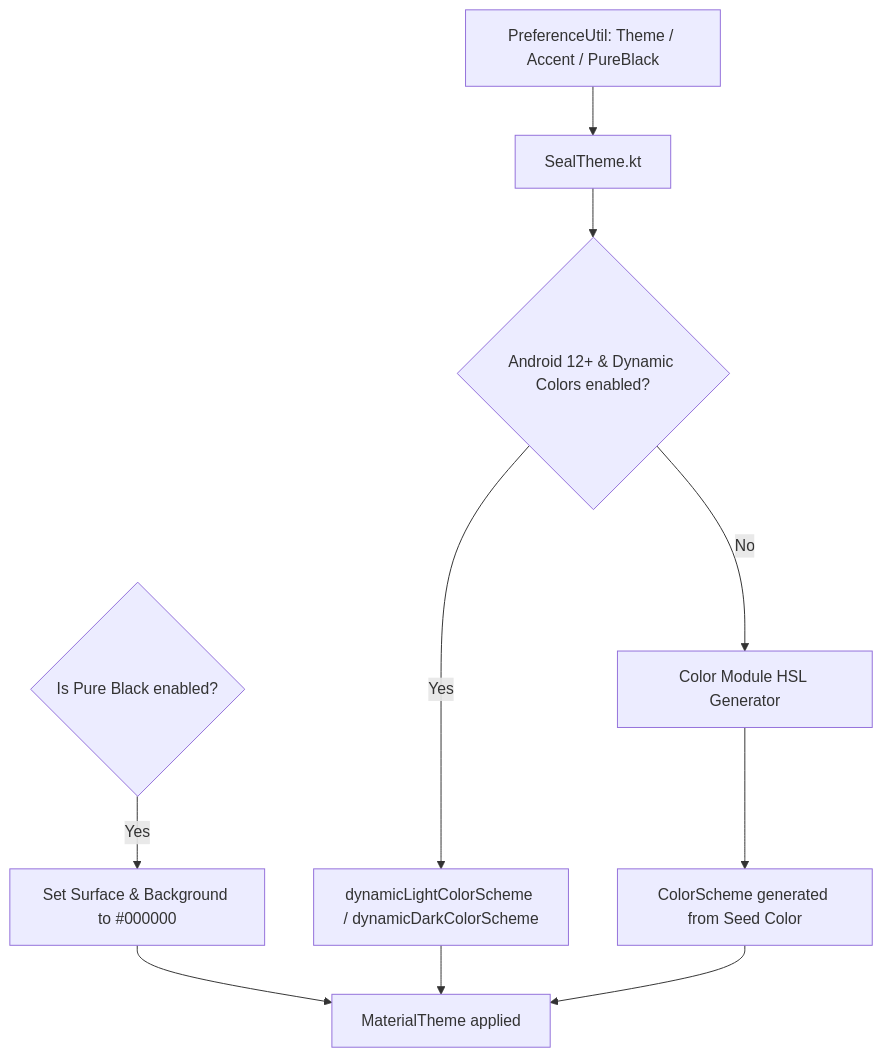
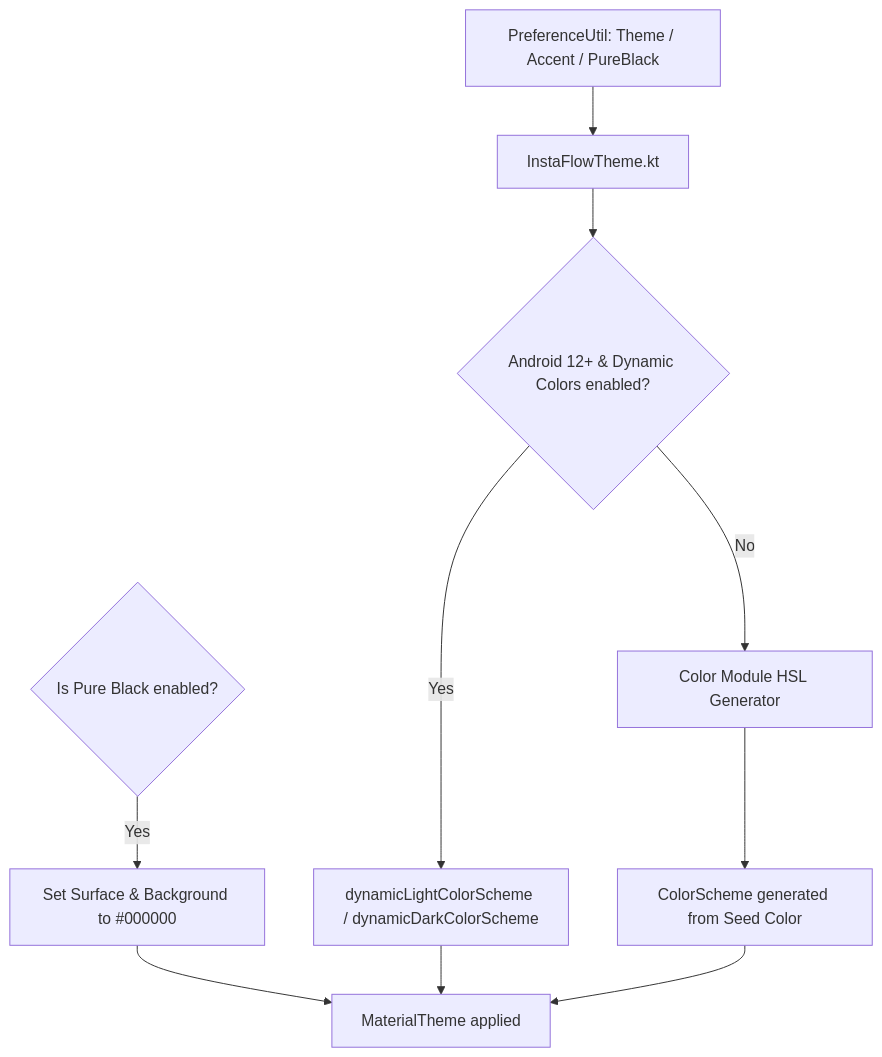
One commit to JishnuPG-tech/instaflow changed the diagram in docs/02_UI/THEME_SYSTEM.md. Above: the diagram before and after it, drawn with Mermaid. The commit also changed other lines of this file and 482 other files, not shown here.

Commit message:
feat: complete InstaFlow source code updates

````diff
--- a/docs/02_UI/THEME_SYSTEM.md
+++ b/docs/02_UI/THEME_SYSTEM.md
@@ -7,12 +7,12 @@
 ```mermaid
 graph TD
-    Pref[PreferenceUtil: Theme / Accent / PureBlack] --> ThemeComposable[SealTheme.kt]
+    Pref[PreferenceUtil: Theme / Accent / PureBlack] --> ThemeComposable[InstaFlowTheme.kt]
     ThemeComposable --> SystemCheck{Android 12+ & Dynamic Colors enabled?}
     SystemCheck -->|Yes| DynamicPalette[dynamicLightColorScheme / dynamicDarkColorScheme]
     SystemCheck -->|No| ColorModule[Color Module HSL Generator]
     ColorModule --> SeedScheme[ColorScheme generated from Seed Color]
     PureBlack{Is Pure Black enabled?} -->|Yes| SurfaceOverride[Set Surface & Background to #000000]
     SurfaceOverride --> FinalTheme[MaterialTheme applied]
     DynamicPalette --> FinalTheme
     SeedScheme --> FinalTheme
 ```
````
